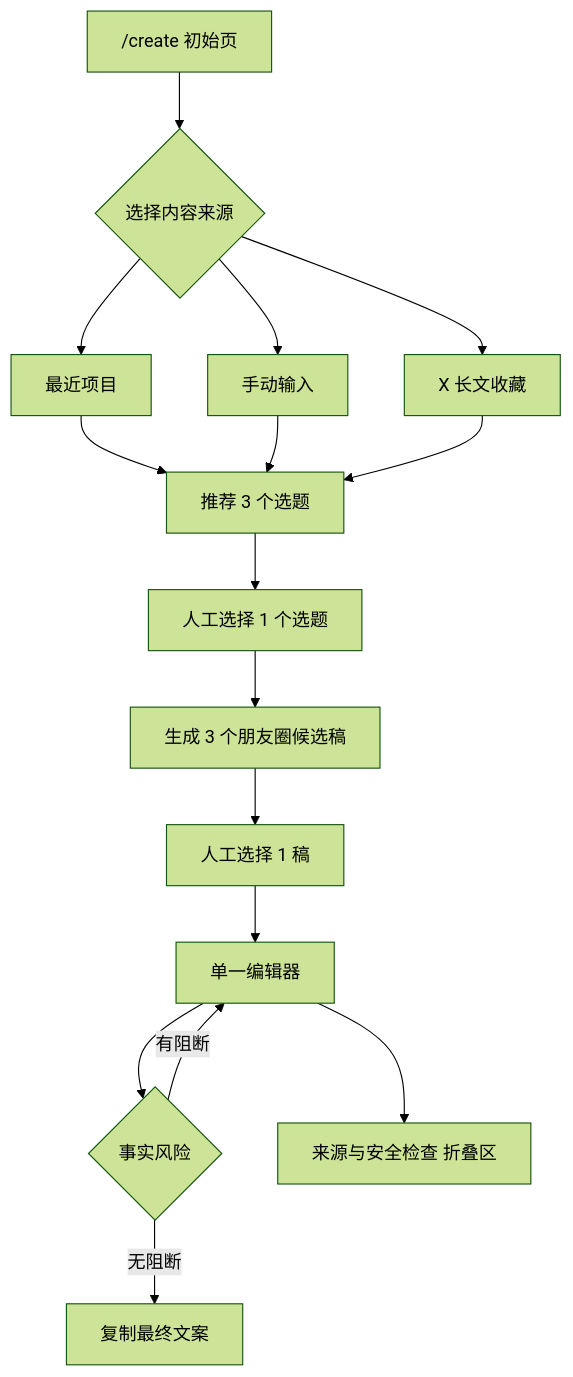
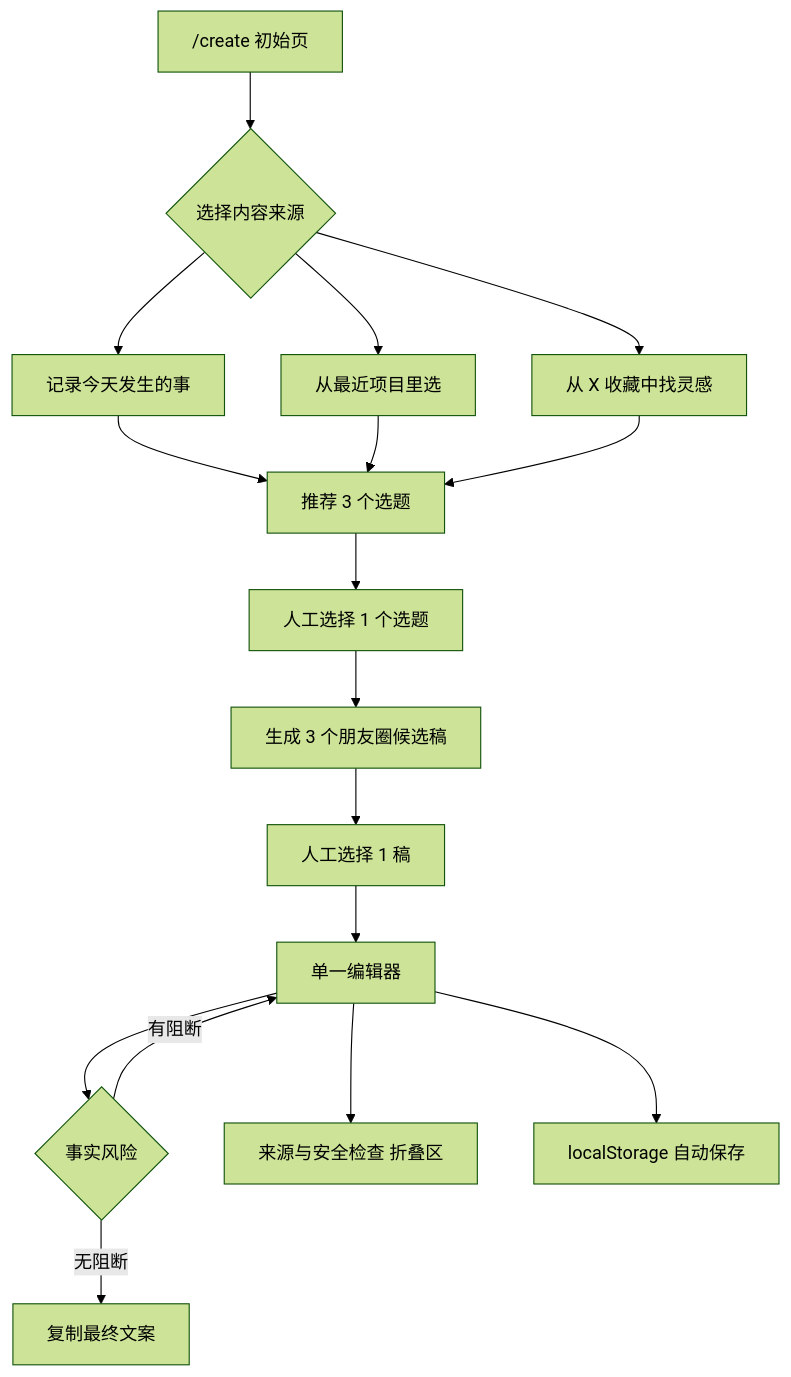
The diagram in docs/superpowers/specs/2026-07-14-minimal-create-workbench-design.md (qixin-portfolio/qixin-content-os), drawn with Mermaid (forest theme) before and after one commit. The commit also changed other lines of this file, not shown here.

````diff
--- a/docs/superpowers/specs/2026-07-14-minimal-create-workbench-design.md
+++ b/docs/superpowers/specs/2026-07-14-minimal-create-workbench-design.md
@@ -67,18 +78,19 @@
 ```mermaid
 flowchart TD
     A["/create 初始页"] --> B{"选择内容来源"}
-    B --> C["最近项目"]
-    B --> D["手动输入"]
-    B --> E["X 长文收藏"]
+    B --> C["记录今天发生的事"]
+    B --> D["从最近项目里选"]
+    B --> E["从 X 收藏中找灵感"]
     C --> F["推荐 3 个选题"]
     D --> F
     E --> F
     F --> G["人工选择 1 个选题"]
     G --> H["生成 3 个朋友圈候选稿"]
     H --> I["人工选择 1 稿"]
     I --> J["单一编辑器"]
     J --> K{"事实风险"}
     K -->|"无阻断"| L["复制最终文案"]
     K -->|"有阻断"| J
     J --> M["来源与安全检查 折叠区"]
+    J --> N["localStorage 自动保存"]
 ```
````
